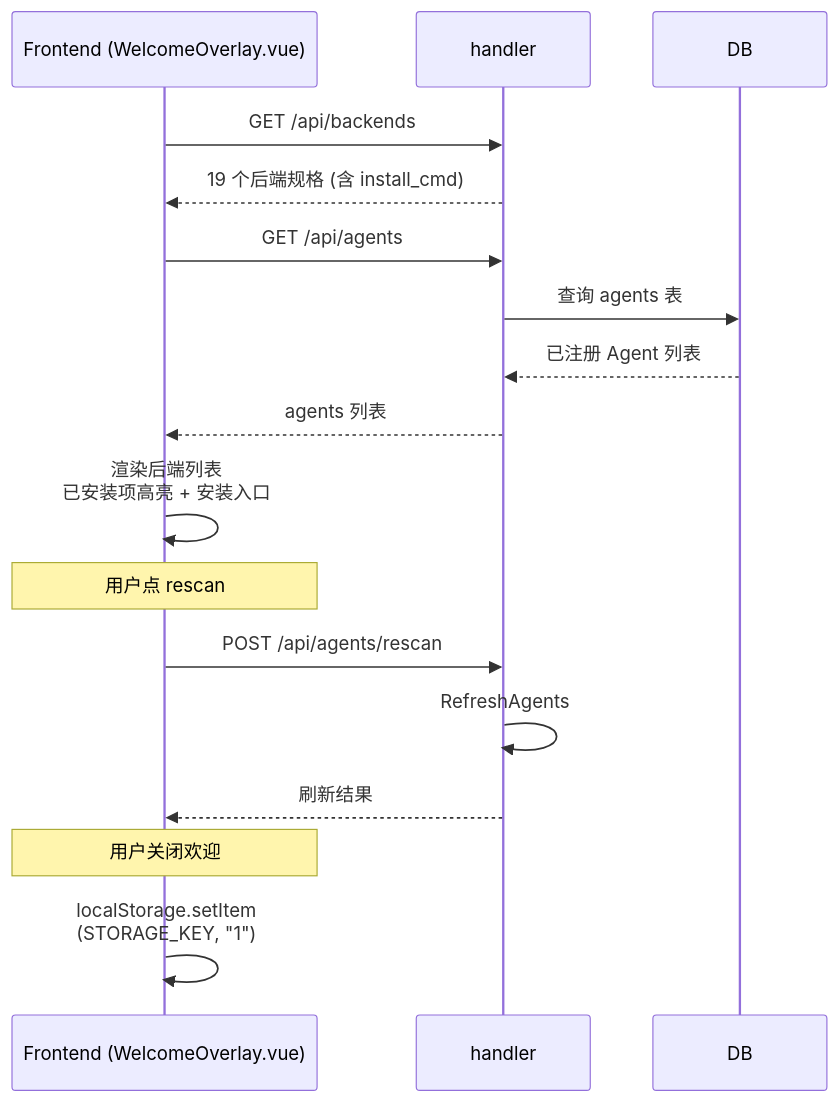
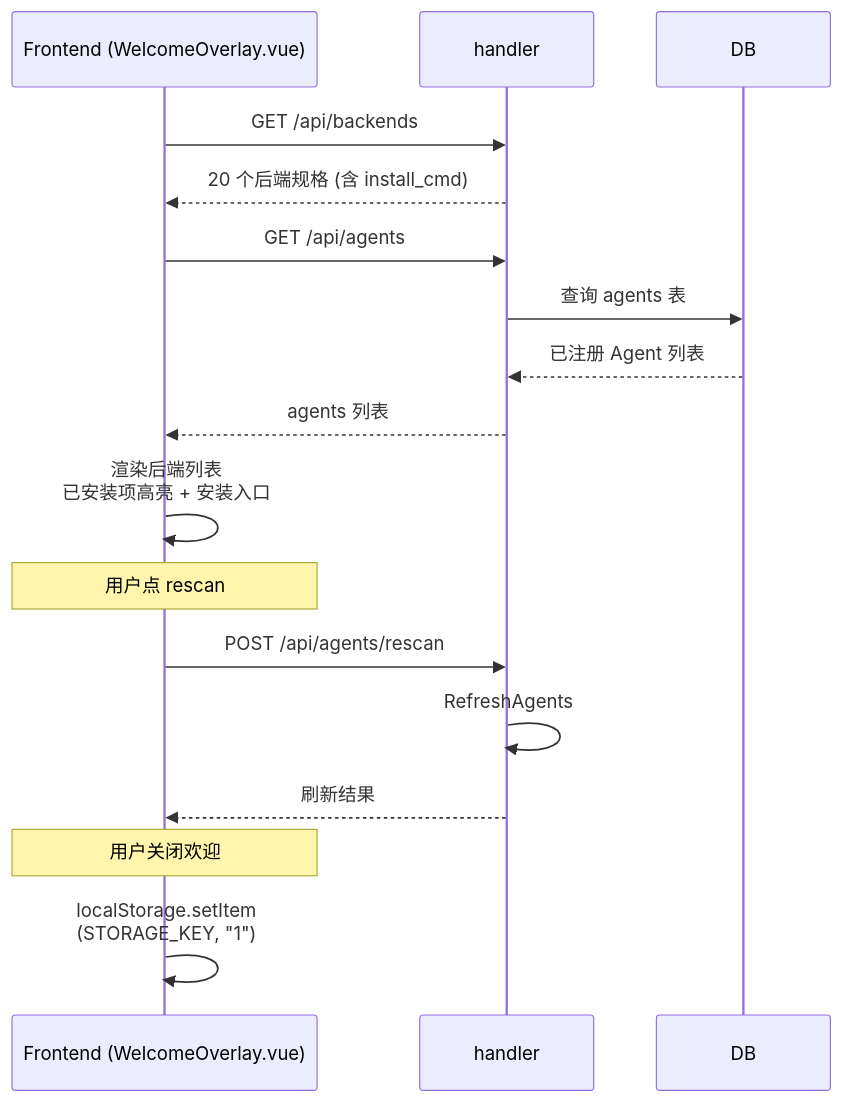
The first of 2 diagrams in docs/spec/features/setup-wizard.md (clawbench-dev/clawbench), drawn with Mermaid before and after one commit. The commit also changed other lines of this file and 29 other files, not shown here.

````diff
--- a/docs/spec/features/setup-wizard.md
+++ b/docs/spec/features/setup-wizard.md
@@ -17,20 +17,20 @@
 ```mermaid
 sequenceDiagram
     participant F as Frontend (WelcomeOverlay.vue)
     participant H as handler
     participant DB
 
     F->>H: GET /api/backends
-    H-->>F: 19 个后端规格 (含 install_cmd)
+    H-->>F: 20 个后端规格 (含 install_cmd)
     F->>H: GET /api/agents
     H->>DB: 查询 agents 表
     DB-->>H: 已注册 Agent 列表
     H-->>F: agents 列表
     F->>F: 渲染后端列表<br/>已安装项高亮 + 安装入口
     Note over F: 用户点 rescan
     F->>H: POST /api/agents/rescan
     H->>H: RefreshAgents
     H-->>F: 刷新结果
     Note over F: 用户关闭欢迎
     F->>F: localStorage.setItem<br/>(STORAGE_KEY, "1")
 ```
````
